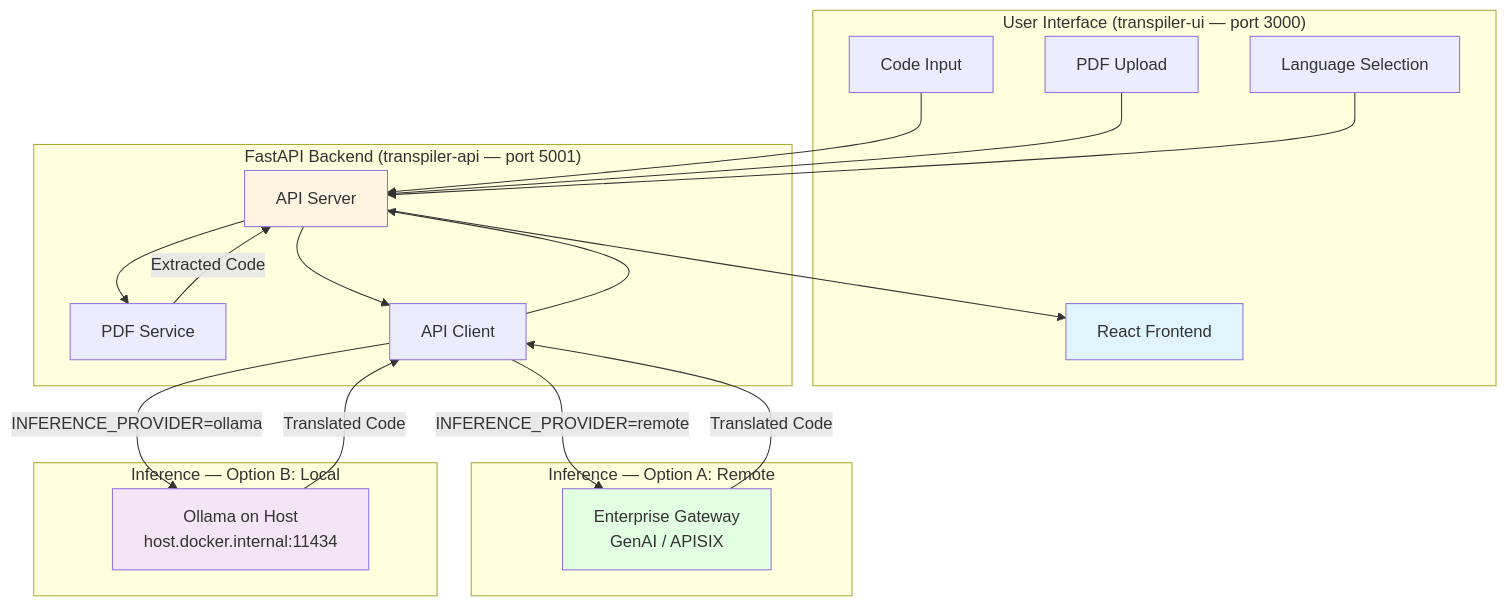
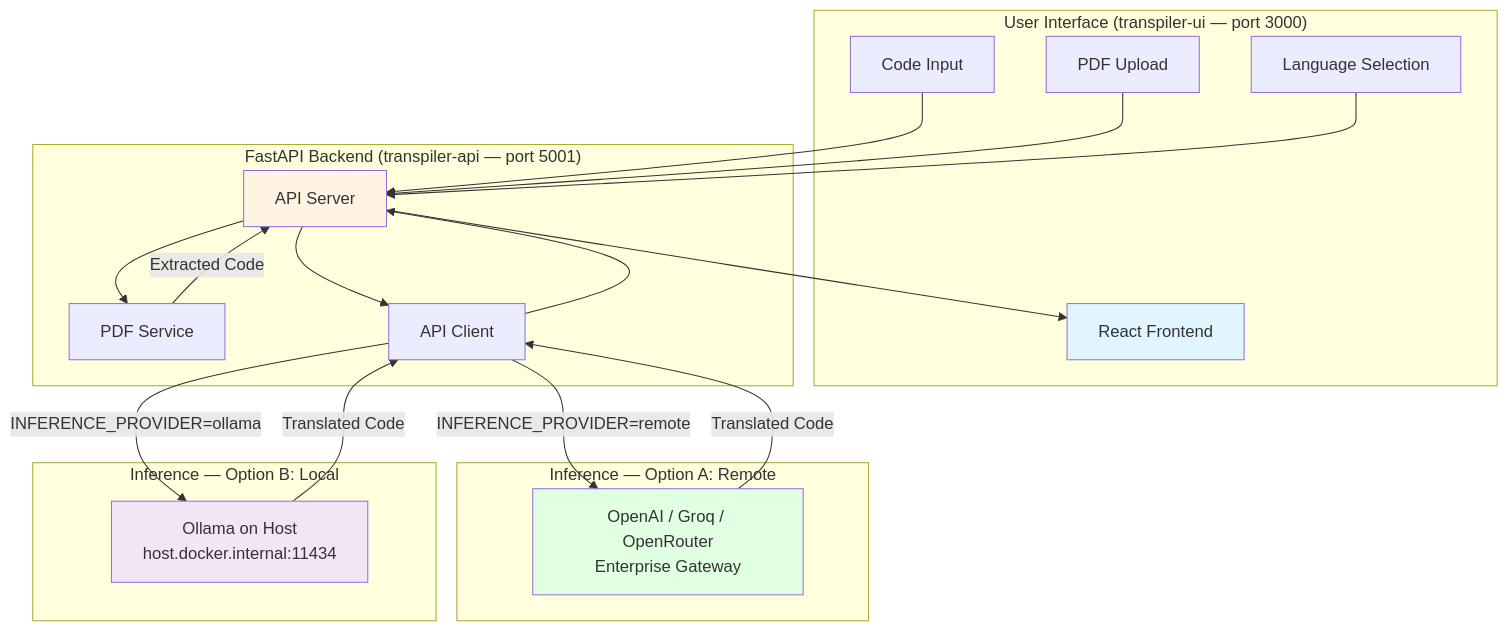
One commit to cld2labs/CodeTrans changed the diagram in README.md. Above: the diagram before and after it, drawn with Mermaid. The commit also changed other lines of this file and 1 other file, not shown here.

````diff
--- a/README.md
+++ b/README.md
@@ -62,41 +79,41 @@
 ```mermaid
 graph TB
     subgraph "User Interface (transpiler-ui — port 3000)"
         A[React Frontend]
         A1[Code Input]
         A2[PDF Upload]
         A3[Language Selection]
     end
 
     subgraph "FastAPI Backend (transpiler-api — port 5001)"
         B[API Server]
         C[PDF Service]
         D[API Client]
     end
 
     subgraph "Inference — Option A: Remote"
-        E[Enterprise Gateway<br/>GenAI / APISIX]
+        E[OpenAI / Groq / OpenRouter<br/>Enterprise Gateway]
     end
 
     subgraph "Inference — Option B: Local"
         F[Ollama on Host<br/>host.docker.internal:11434]
     end
 
     A1 --> B
     A2 --> B
     A3 --> B
     B --> C
     C -->|Extracted Code| B
     B --> D
     D -->|INFERENCE_PROVIDER=remote| E
     D -->|INFERENCE_PROVIDER=ollama| F
     E -->|Translated Code| D
     F -->|Translated Code| D
     D --> B
     B --> A
 
     style A fill:#e1f5ff
     style B fill:#fff4e1
     style E fill:#e1ffe1
     style F fill:#f3e5f5
 ```
````
